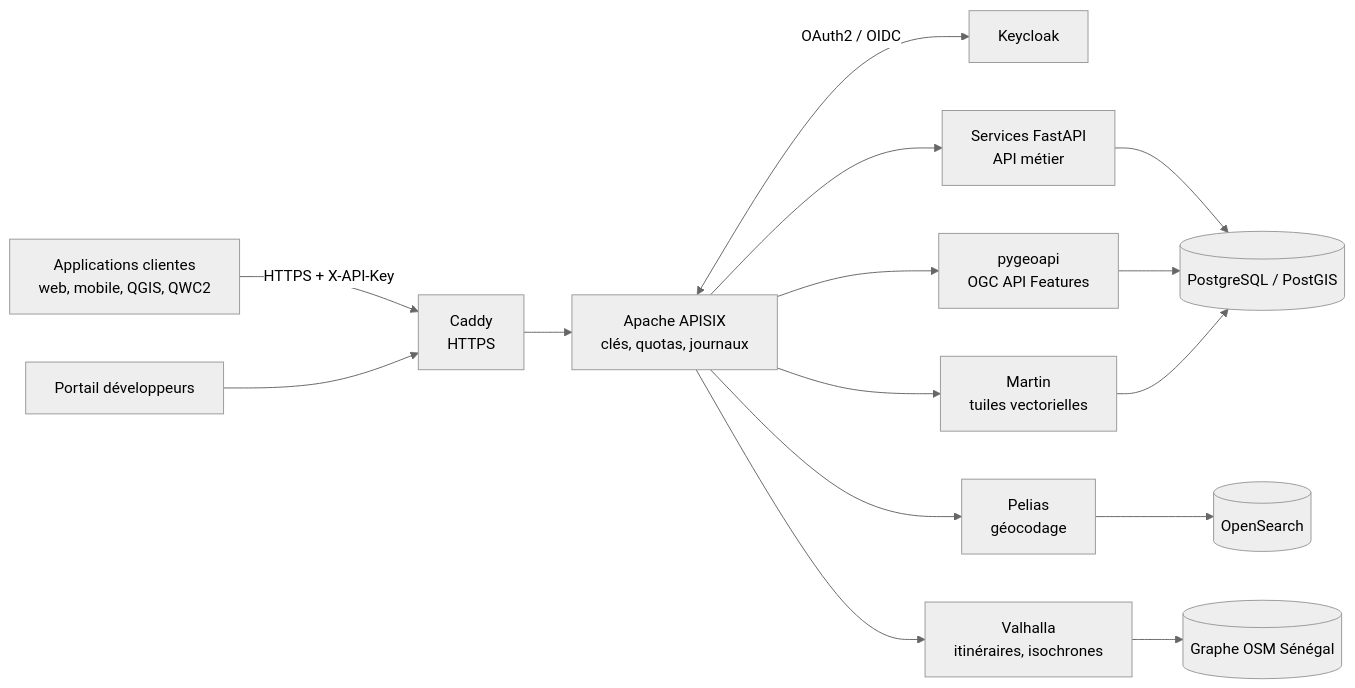
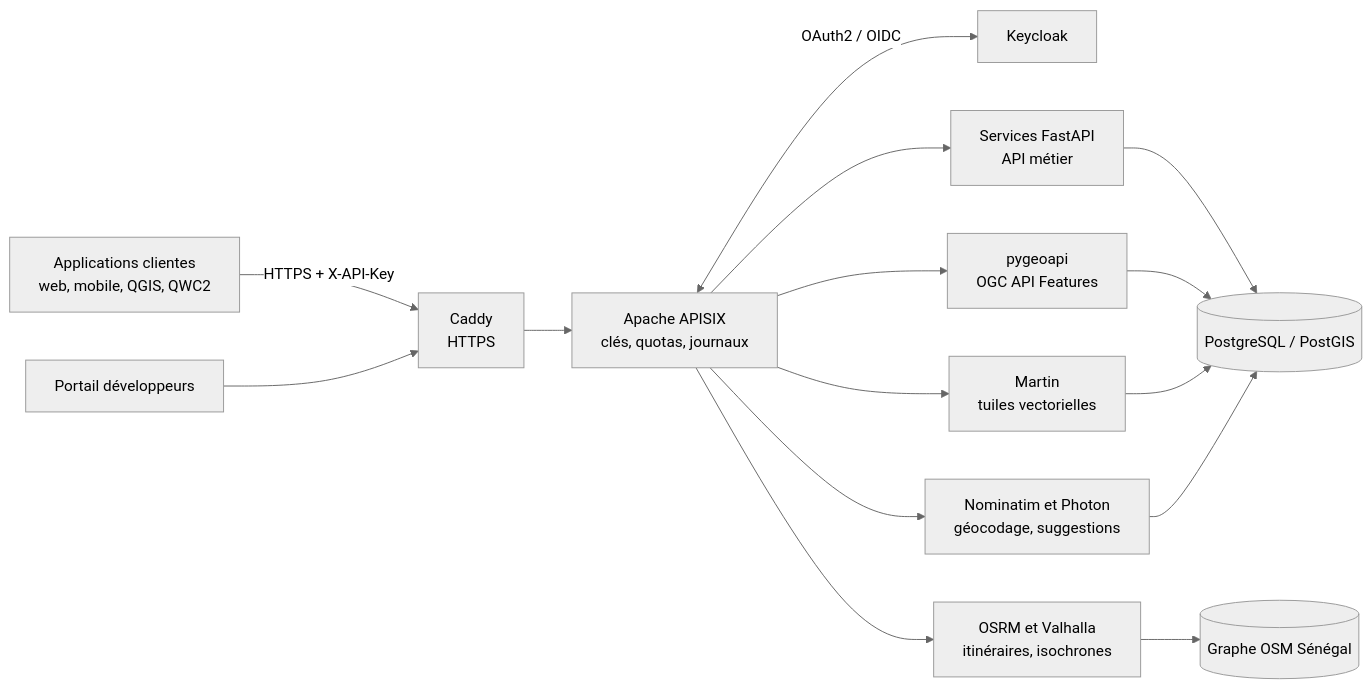
The diagram in docs/architecture.md (bathie18/api-cegit), drawn with Mermaid (neutral theme) before and after one commit. The commit also changed other lines of this file and 88 other files, not shown here.

````diff
--- a/docs/architecture.md
+++ b/docs/architecture.md
@@ -5,17 +5,17 @@
 ```mermaid
 flowchart LR
   U[Applications clientes<br/>web, mobile, QGIS, QWC2] -->|HTTPS + X-API-Key| C[Caddy<br/>HTTPS]
   P[Portail développeurs] --> C
   C --> G[Apache APISIX<br/>clés, quotas, journaux]
   G <-->|OAuth2 / OIDC| K[Keycloak]
   G --> F[Services FastAPI<br/>API métier]
   G --> O[pygeoapi<br/>OGC API Features]
-  G --> PE[Pelias<br/>géocodage]
-  G --> V[Valhalla<br/>itinéraires, isochrones]
+  G --> PE[Nominatim et Photon<br/>géocodage, suggestions]
+  G --> V[OSRM et Valhalla<br/>itinéraires, isochrones]
   G --> M[Martin<br/>tuiles vectorielles]
   F --> DB[(PostgreSQL / PostGIS)]
   O --> DB
   M --> DB
-  PE --> ES[(OpenSearch)]
+  PE --> DB
   V --> OSM[(Graphe OSM Sénégal)]
 ```
````
